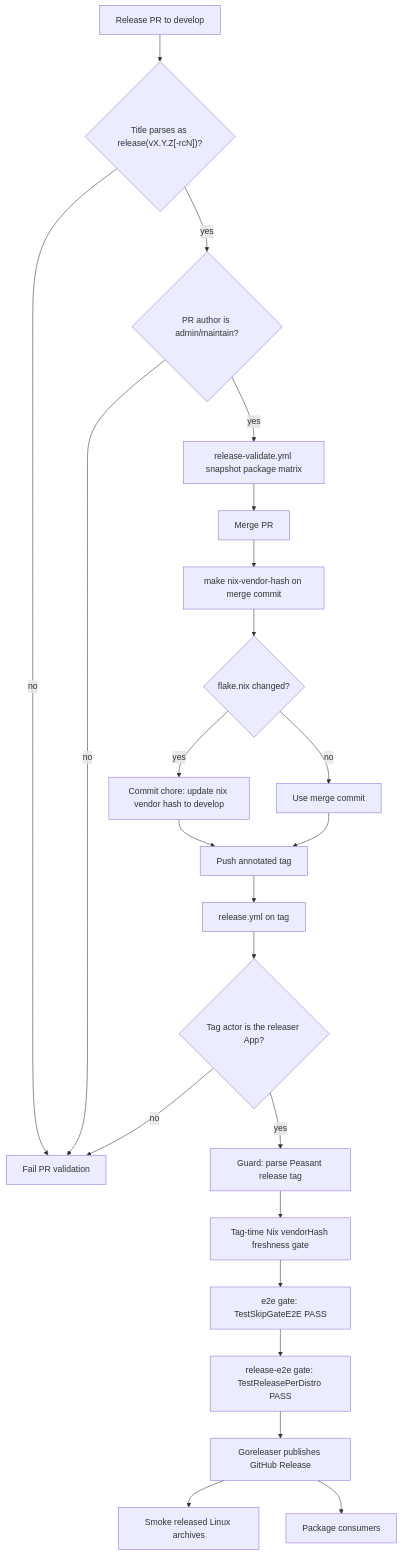
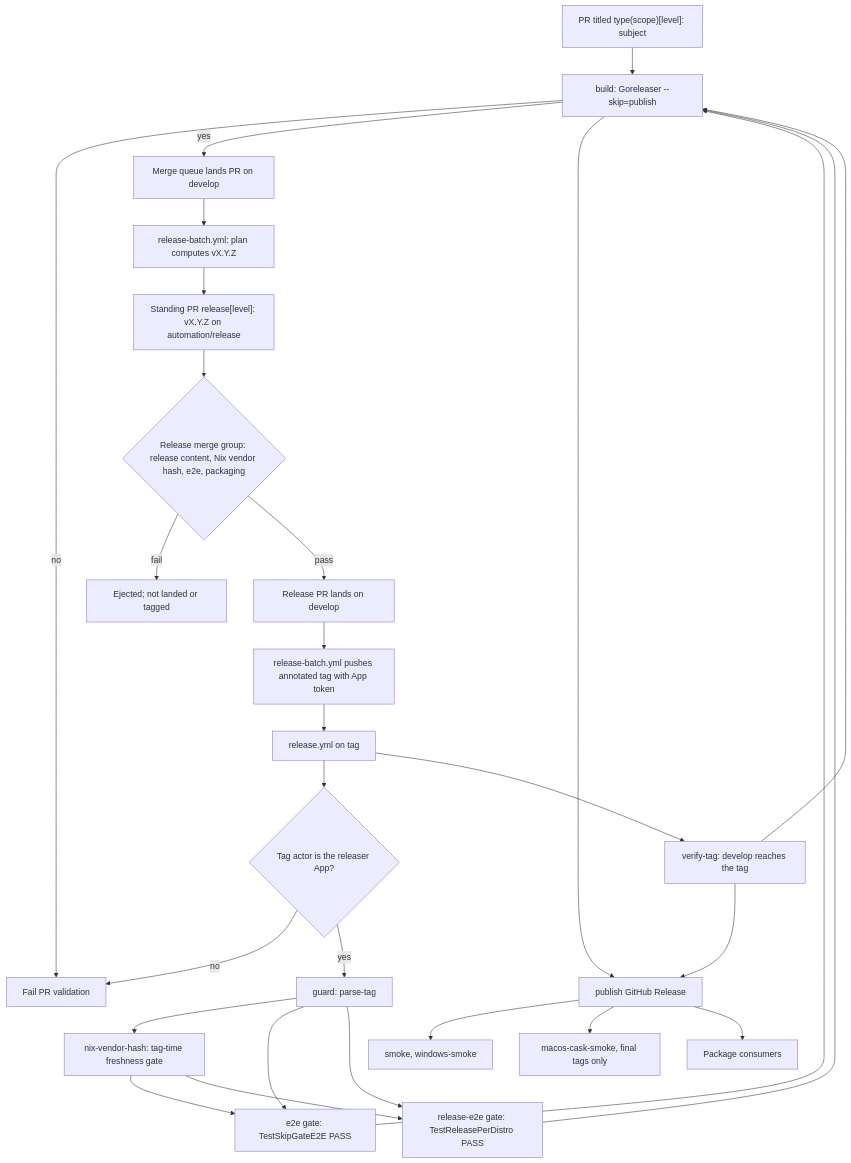
The first of 4 diagrams in docs/release-architecture.md (peasant-labs/peasant), drawn with Mermaid before and after one commit. The commit also changed other lines of this file and 6 other files, not shown here.

First line of the commit message:
docs(release): describe the computed-release flow and retire the release-guard grammar (#1148)

````diff
--- a/docs/release-architecture.md
+++ b/docs/release-architecture.md
@@ -37,25 +38,30 @@
 ```mermaid
 flowchart TD
-  A[Release PR to develop] --> B{"Title parses as release(vX.Y.Z[-rcN])?"}
+  A["PR titled type(scope)[level]: subject"] --> B{title-guard: check-title passes?}
   B -- no --> X[Fail PR validation]
-  B -- yes --> C{PR author is admin/maintain?}
-  C -- no --> X
-  C -- yes --> D[release-validate.yml snapshot package matrix]
-  D --> F[Merge PR]
-  F --> H[make nix-vendor-hash on merge commit]
-  H --> I{flake.nix changed?}
-  I -- yes --> J[Commit chore: update nix vendor hash to develop]
-  I -- no --> K[Use merge commit]
-  J --> L[Push annotated tag]
-  K --> L
+  B -- yes --> C[Merge queue lands PR on develop]
+  C --> D["release-batch.yml: plan computes vX.Y.Z"]
+  D --> E["Standing PR release[level]: vX.Y.Z on automation/release"]
+  E --> F{"Release merge group: release content, Nix vendor hash, e2e, packaging"}
+  F -- fail --> X2[Ejected; not landed or tagged]
+  F -- pass --> G[Release PR lands on develop]
+  G --> L[release-batch.yml pushes annotated tag with App token]
   L --> M[release.yml on tag]
   M --> V{Tag actor is the releaser App?}
   V -- no --> X
-  V -- yes --> N[Guard: parse Peasant release tag]
-  N --> O[Tag-time Nix vendorHash freshness gate]
-  O --> E2[e2e gate: TestSkipGateE2E PASS]
-  E2 --> RE[release-e2e gate: TestReleasePerDistro PASS]
-  RE --> P[Goreleaser publishes GitHub Release]
-  P --> Q[Smoke released Linux archives]
+  V -- yes --> N[guard: parse-tag]
+  M --> VT[verify-tag: develop reaches the tag]
+  N --> O[nix-vendor-hash: tag-time freshness gate]
+  N --> E2[e2e gate: TestSkipGateE2E PASS]
+  O --> E2
+  N --> RE[release-e2e gate: TestReleasePerDistro PASS]
+  O --> RE
+  E2 --> B[build: Goreleaser --skip=publish]
+  RE --> B
+  VT --> B
+  B --> P[publish GitHub Release]
+  VT --> P
+  P --> Q[smoke, windows-smoke]
+  P --> QM[macos-cask-smoke, final tags only]
   P --> R[Package consumers]
 ```
````
